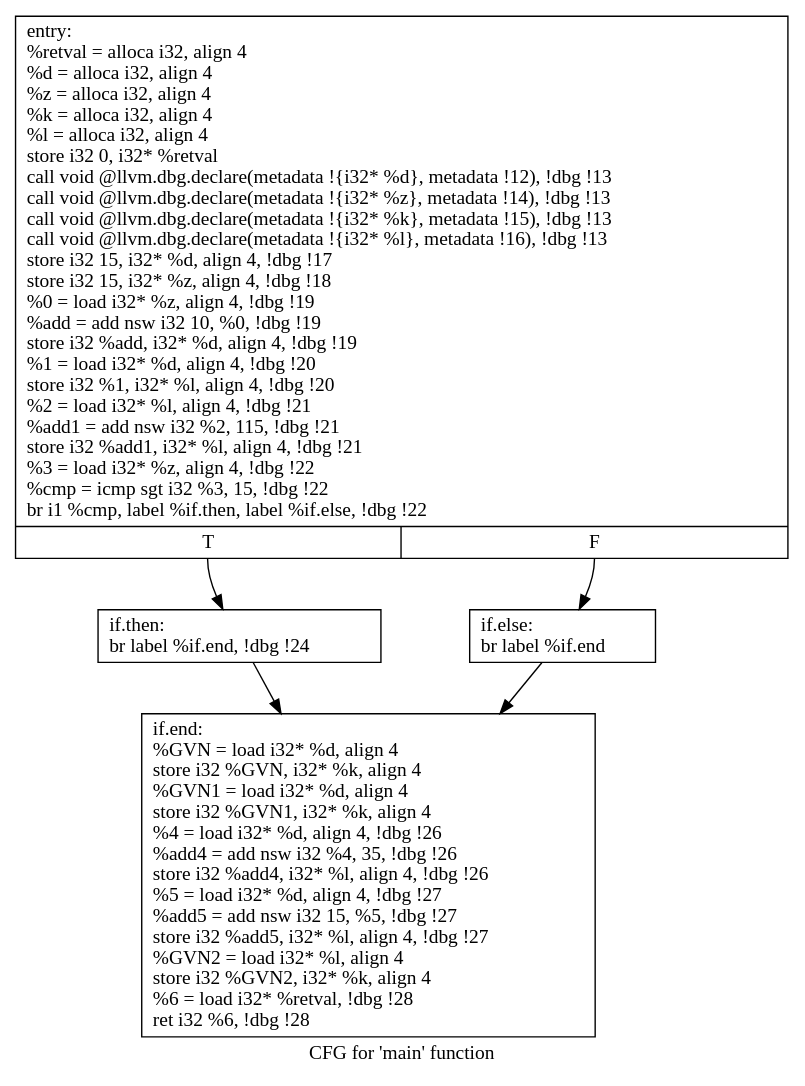
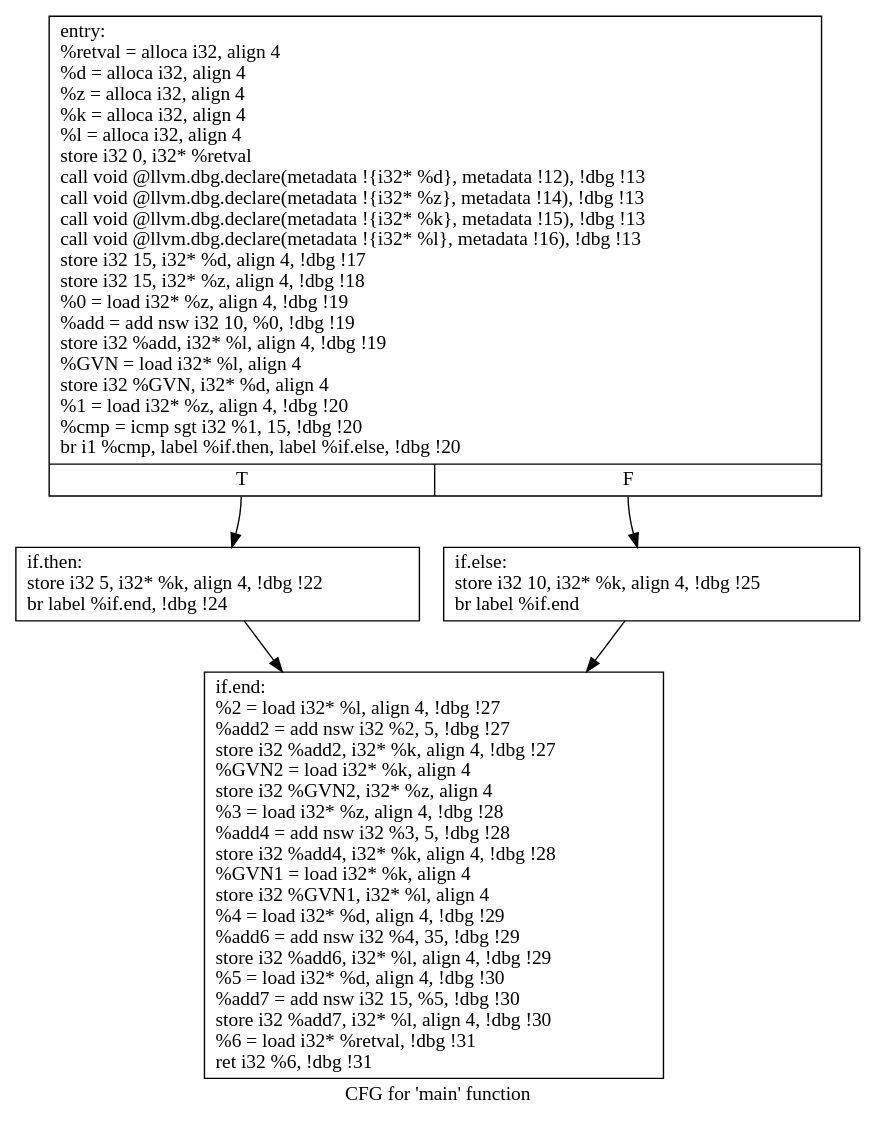
The diagram in Work/Pass/Part 3/Combine/cfg.main.dot (ddr2108/CS6241-Array_Bounding), drawn with Graphviz before and after one commit. The commit also changed 1 other file, not shown here.

Commit message:
More bug fixes for GVN

```diff
--- a/Work/Pass/Part 3/Combine/cfg.main.dot
+++ b/Work/Pass/Part 3/Combine/cfg.main.dot
@@ -1,12 +1,12 @@
 digraph "CFG for 'main' function" {
 	label="CFG for 'main' function";
 
-	Node0x2bc8d10 [shape=record,label="{entry:\l  %retval = alloca i32, align 4\l  %d = alloca i32, align 4\l  %z = alloca i32, align 4\l  %k = alloca i32, align 4\l  %l = alloca i32, align 4\l  store i32 0, i32* %retval\l  call void @llvm.dbg.declare(metadata !\{i32* %d\}, metadata !12), !dbg !13\l  call void @llvm.dbg.declare(metadata !\{i32* %z\}, metadata !14), !dbg !13\l  call void @llvm.dbg.declare(metadata !\{i32* %k\}, metadata !15), !dbg !13\l  call void @llvm.dbg.declare(metadata !\{i32* %l\}, metadata !16), !dbg !13\l  store i32 15, i32* %d, align 4, !dbg !17\l  store i32 15, i32* %z, align 4, !dbg !18\l  %0 = load i32* %z, align 4, !dbg !19\l  %add = add nsw i32 10, %0, !dbg !19\l  store i32 %add, i32* %d, align 4, !dbg !19\l  %1 = load i32* %d, align 4, !dbg !20\l  store i32 %1, i32* %l, align 4, !dbg !20\l  %2 = load i32* %l, align 4, !dbg !21\l  %add1 = add nsw i32 %2, 115, !dbg !21\l  store i32 %add1, i32* %l, align 4, !dbg !21\l  %3 = load i32* %z, align 4, !dbg !22\l  %cmp = icmp sgt i32 %3, 15, !dbg !22\l  br i1 %cmp, label %if.then, label %if.else, !dbg !22\l|{<s0>T|<s1>F}}"];
-	Node0x2bc8d10:s0 -> Node0x2bc9420;
-	Node0x2bc8d10:s1 -> Node0x2bc4750;
-	Node0x2bc9420 [shape=record,label="{if.then:                                          \l  br label %if.end, !dbg !24\l}"];
-	Node0x2bc9420 -> Node0x2bc47b0;
-	Node0x2bc4750 [shape=record,label="{if.else:                                          \l  br label %if.end\l}"];
-	Node0x2bc4750 -> Node0x2bc47b0;
-	Node0x2bc47b0 [shape=record,label="{if.end:                                           \l  %GVN = load i32* %d, align 4\l  store i32 %GVN, i32* %k, align 4\l  %GVN1 = load i32* %d, align 4\l  store i32 %GVN1, i32* %k, align 4\l  %4 = load i32* %d, align 4, !dbg !26\l  %add4 = add nsw i32 %4, 35, !dbg !26\l  store i32 %add4, i32* %l, align 4, !dbg !26\l  %5 = load i32* %d, align 4, !dbg !27\l  %add5 = add nsw i32 15, %5, !dbg !27\l  store i32 %add5, i32* %l, align 4, !dbg !27\l  %GVN2 = load i32* %l, align 4\l  store i32 %GVN2, i32* %k, align 4\l  %6 = load i32* %retval, !dbg !28\l  ret i32 %6, !dbg !28\l}"];
+	Node0x348dc00 [shape=record,label="{entry:\l  %retval = alloca i32, align 4\l  %d = alloca i32, align 4\l  %z = alloca i32, align 4\l  %k = alloca i32, align 4\l  %l = alloca i32, align 4\l  store i32 0, i32* %retval\l  call void @llvm.dbg.declare(metadata !\{i32* %d\}, metadata !12), !dbg !13\l  call void @llvm.dbg.declare(metadata !\{i32* %z\}, metadata !14), !dbg !13\l  call void @llvm.dbg.declare(metadata !\{i32* %k\}, metadata !15), !dbg !13\l  call void @llvm.dbg.declare(metadata !\{i32* %l\}, metadata !16), !dbg !13\l  store i32 15, i32* %d, align 4, !dbg !17\l  store i32 15, i32* %z, align 4, !dbg !18\l  %0 = load i32* %z, align 4, !dbg !19\l  %add = add nsw i32 10, %0, !dbg !19\l  store i32 %add, i32* %l, align 4, !dbg !19\l  %GVN = load i32* %l, align 4\l  store i32 %GVN, i32* %d, align 4\l  %1 = load i32* %z, align 4, !dbg !20\l  %cmp = icmp sgt i32 %1, 15, !dbg !20\l  br i1 %cmp, label %if.then, label %if.else, !dbg !20\l|{<s0>T|<s1>F}}"];
+	Node0x348dc00:s0 -> Node0x348af70;
+	Node0x348dc00:s1 -> Node0x3487800;
+	Node0x348af70 [shape=record,label="{if.then:                                          \l  store i32 5, i32* %k, align 4, !dbg !22\l  br label %if.end, !dbg !24\l}"];
+	Node0x348af70 -> Node0x3487860;
+	Node0x3487800 [shape=record,label="{if.else:                                          \l  store i32 10, i32* %k, align 4, !dbg !25\l  br label %if.end\l}"];
+	Node0x3487800 -> Node0x3487860;
+	Node0x3487860 [shape=record,label="{if.end:                                           \l  %2 = load i32* %l, align 4, !dbg !27\l  %add2 = add nsw i32 %2, 5, !dbg !27\l  store i32 %add2, i32* %k, align 4, !dbg !27\l  %GVN2 = load i32* %k, align 4\l  store i32 %GVN2, i32* %z, align 4\l  %3 = load i32* %z, align 4, !dbg !28\l  %add4 = add nsw i32 %3, 5, !dbg !28\l  store i32 %add4, i32* %k, align 4, !dbg !28\l  %GVN1 = load i32* %k, align 4\l  store i32 %GVN1, i32* %l, align 4\l  %4 = load i32* %d, align 4, !dbg !29\l  %add6 = add nsw i32 %4, 35, !dbg !29\l  store i32 %add6, i32* %l, align 4, !dbg !29\l  %5 = load i32* %d, align 4, !dbg !30\l  %add7 = add nsw i32 15, %5, !dbg !30\l  store i32 %add7, i32* %l, align 4, !dbg !30\l  %6 = load i32* %retval, !dbg !31\l  ret i32 %6, !dbg !31\l}"];
 }
```
